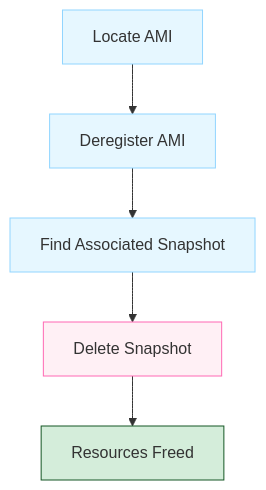
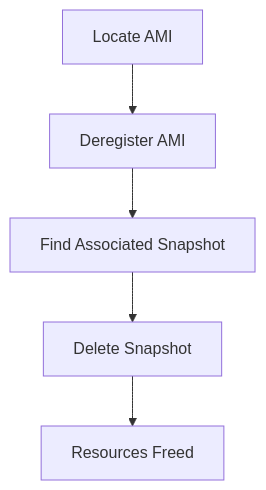
The fourth of 4 diagrams in docs/dev-cloud/cclab/lab_8.md (sujith-eag/sujith-library), drawn with Mermaid before and after one commit. The commit also changed other lines of this file and 41 other files, not shown here.

First line of the commit message:
Refactor diagrams and remove redundant styles in documentation

````diff
--- a/docs/dev-cloud/cclab/lab_8.md
+++ b/docs/dev-cloud/cclab/lab_8.md
@@ -166,15 +146,7 @@
 ```mermaid
 flowchart TD
     Locate[Locate AMI] --> Deregister[Deregister AMI]
     Deregister --> FindSnap[Find Associated Snapshot]
     FindSnap --> DeleteSnap[Delete Snapshot]
     DeleteSnap --> Clean[Resources Freed]
-
-    classDef process fill:#e6f7ff,stroke:#91d5ff
-    classDef highlight fill:#fff0f5,stroke:#ff69b4
-    classDef success fill:#d4edda,stroke:#155724
-
-    class Locate,Deregister,FindSnap process
-    class DeleteSnap highlight
-    class Clean success
 ```
````
